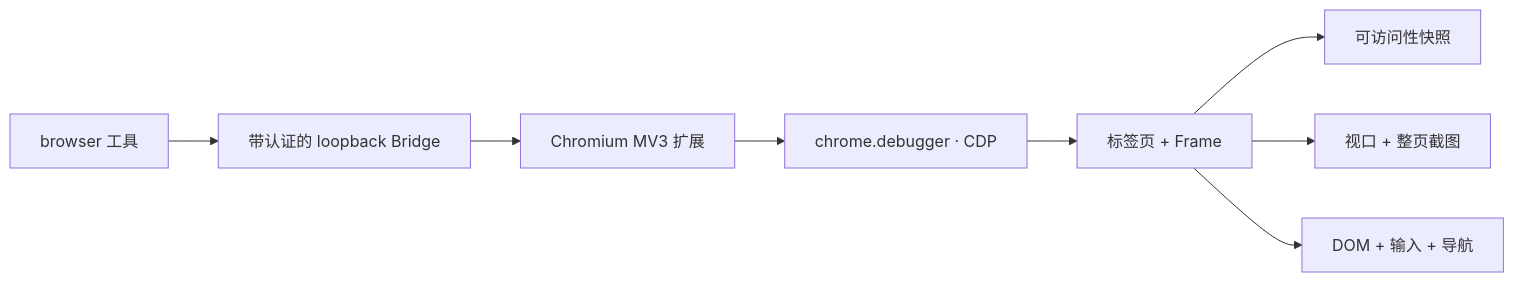
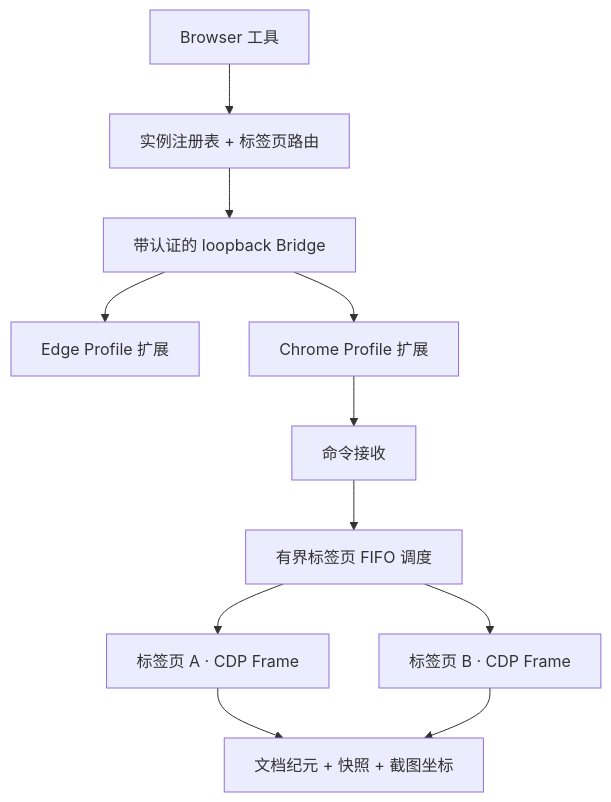
One commit to hicancan/local-runtime-mcp changed the seventh of 7 diagrams in README.zh-CN.md. Above: the diagram before and after it, drawn with Mermaid. The commit also changed other lines of this file and 65 other files, not shown here.

````diff
--- a/README.zh-CN.md
+++ b/README.zh-CN.md
@@ -228,10 +238,13 @@
 ```mermaid
-flowchart LR
-    TOOLS[browser 工具] --> BRIDGE[带认证的 loopback Bridge]
-    BRIDGE --> EXT[Chromium MV3 扩展]
-    EXT --> CDP[chrome.debugger · CDP]
-    CDP --> TAB[标签页 + Frame]
-    TAB --> SNAP[可访问性快照]
-    TAB --> SHOT[视口 + 整页截图]
-    TAB --> ACT[DOM + 输入 + 导航]
+flowchart TB
+    Tools[Browser 工具] --> Registry[实例注册表 + 标签页路由]
+    Registry --> Bridge[带认证的 loopback Bridge]
+    Bridge --> Edge[Edge Profile 扩展]
+    Bridge --> Chrome[Chrome Profile 扩展]
+    Chrome --> Intake[命令接收]
+    Intake --> Queue[有界标签页 FIFO 调度]
+    Queue --> TabA[标签页 A · CDP Frame]
+    Queue --> TabB[标签页 B · CDP Frame]
+    TabA --> Observation[文档纪元 + 快照 + 截图坐标]
+    TabB --> Observation
 ```
````
